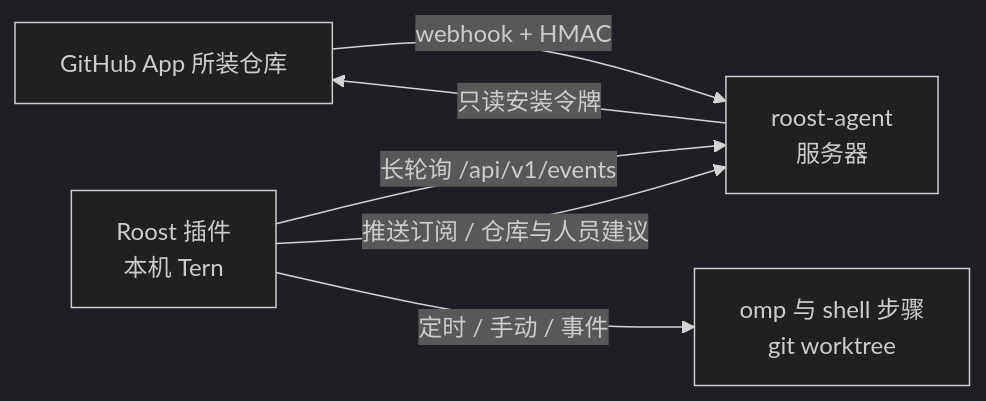
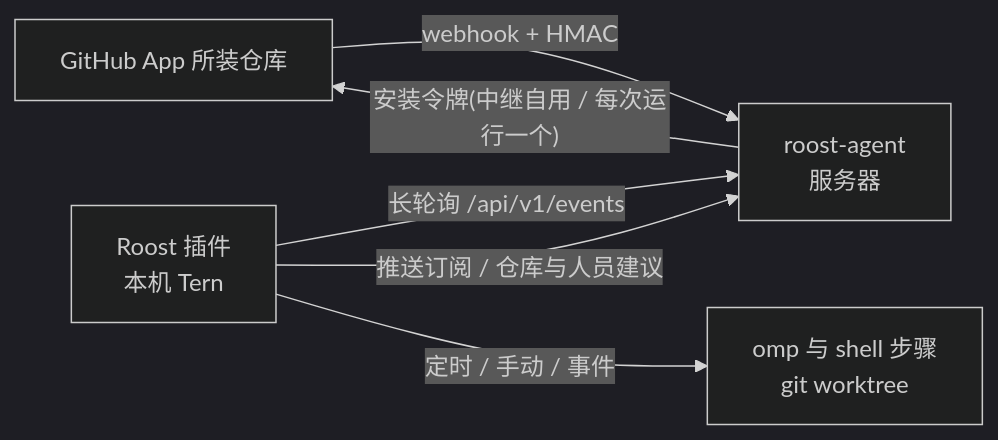
Before and after one commit to zerx-lab/Roost: the diagram in README.zh-CN.md, drawn with Mermaid (dark theme). The commit also changed other lines of this file and 32 other files, not shown here.

````diff
--- a/README.zh-CN.md
+++ b/README.zh-CN.md
@@ -12,8 +12,8 @@
 ```mermaid
 flowchart LR
   GH[GitHub App 所装仓库] -- webhook + HMAC --> A[roost-agent<br/>服务器]
   P[Roost 插件<br/>本机 Tern] -- 长轮询 /api/v1/events --> A
   P -- 推送订阅 / 仓库与人员建议 --> A
-  A -- 只读安装令牌 --> GH
+  A -- 安装令牌(中继自用 / 每次运行一个) --> GH
   P -- 定时 / 手动 / 事件 --> R[omp 与 shell 步骤<br/>git worktree]
 ```
````
